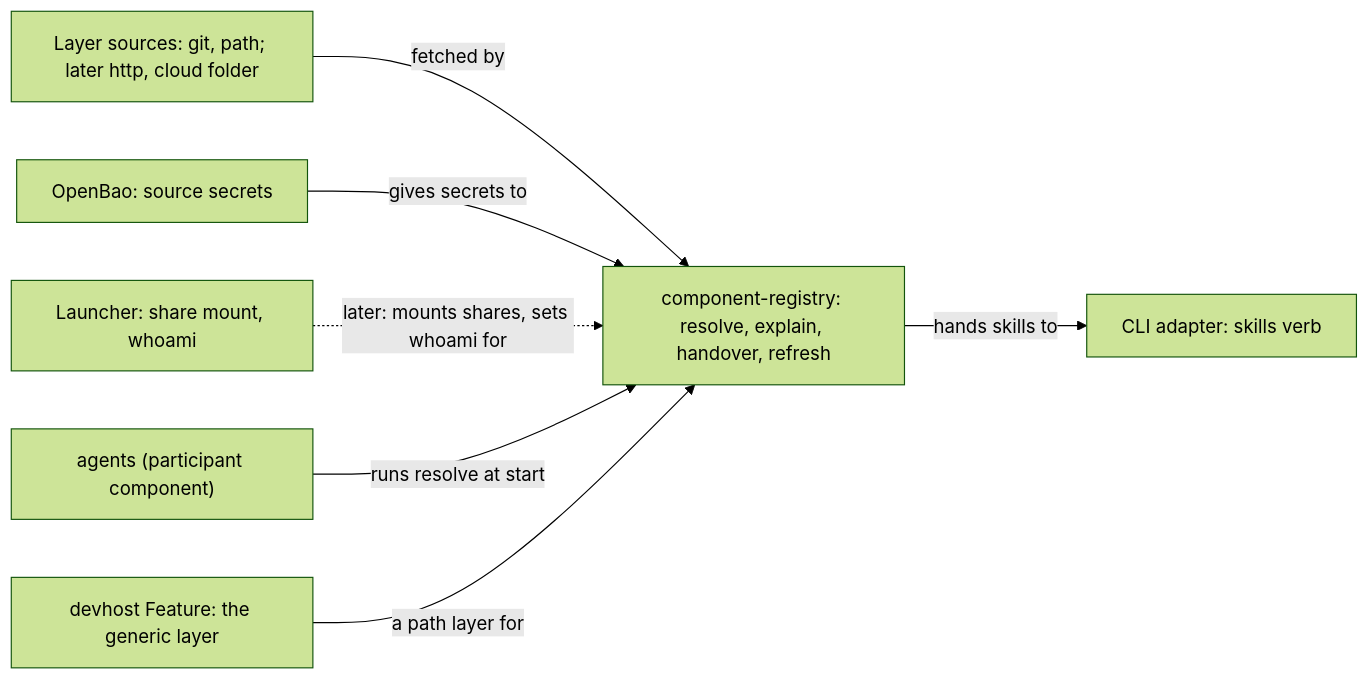
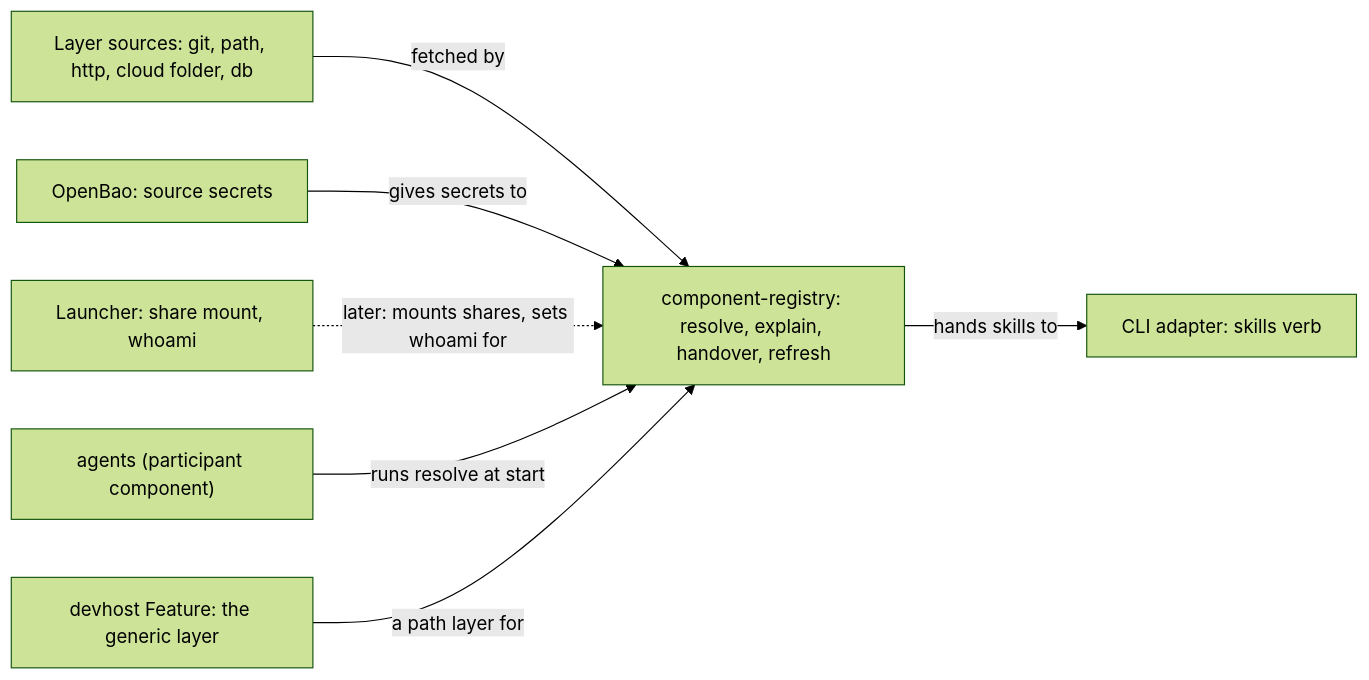
The second of 2 diagrams in docs/model/c4-container.md (nabil-becker/devcontainer-features), drawn with Mermaid (forest theme) before and after one commit. The commit also changed 13 other files, not shown here.

````diff
--- a/docs/model/c4-container.md
+++ b/docs/model/c4-container.md
@@ -54,15 +54,15 @@
 ```mermaid
 flowchart LR
   component-registry["component-registry: resolve, explain, handover, refresh"]
   participant-component["agents (participant component)"]
   cli-adapter["CLI adapter: skills verb"]
   launcher["Launcher: share mount, whoami"]
   master-of-secrets["OpenBao: source secrets"]
-  external-sources["Layer sources: git, path; later http, cloud folder"]
+  external-sources["Layer sources: git, path, http, cloud folder, db"]
   external-sources -->|fetched by| component-registry
   master-of-secrets -->|gives secrets to| component-registry
   launcher -.->|later: mounts shares, sets whoami for| component-registry
   participant-component -->|runs resolve at start| component-registry
   component-registry -->|hands skills to| cli-adapter
   devhost["devhost Feature: the generic layer"] -->|a path layer for| component-registry
 ```
````
